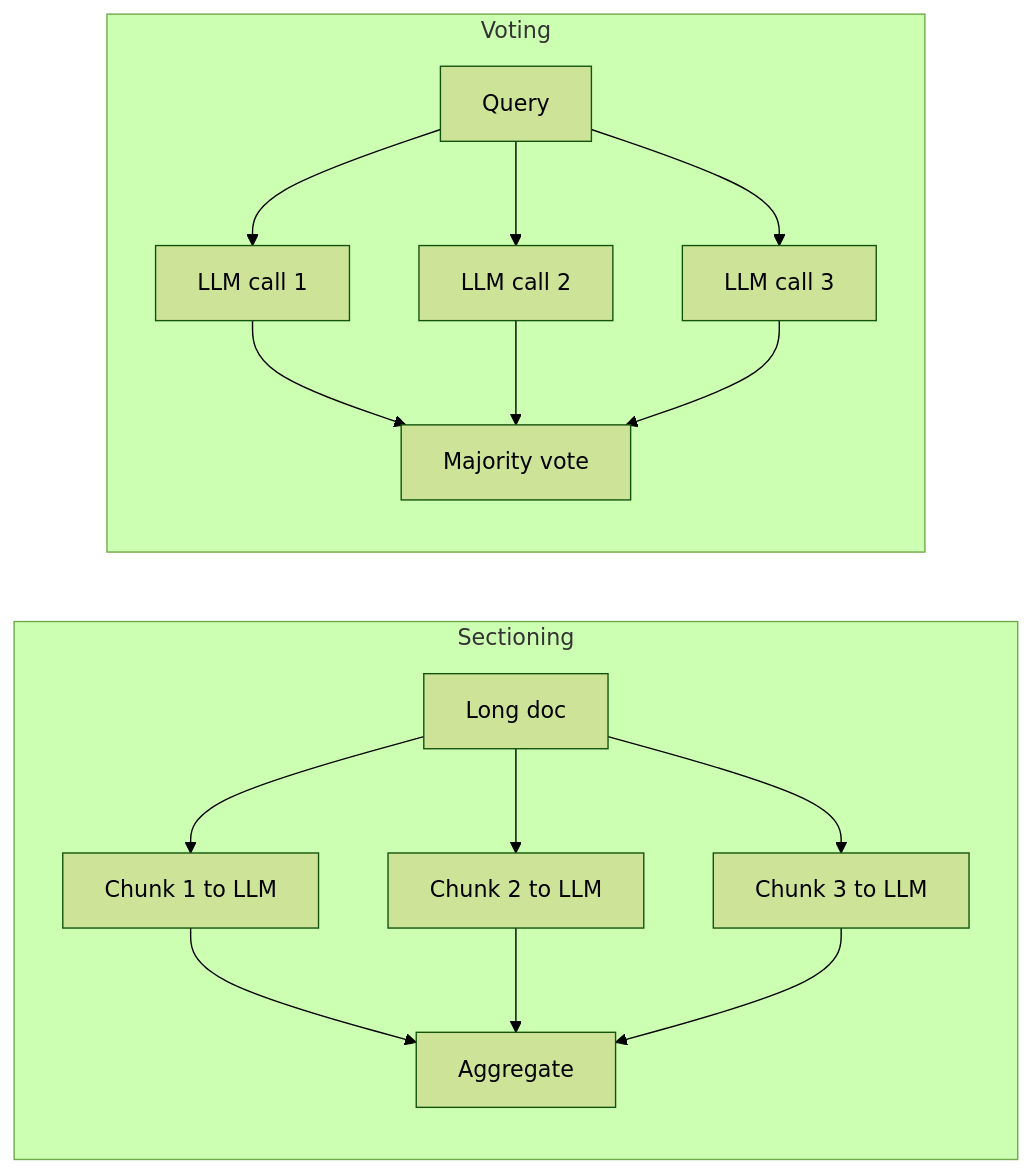
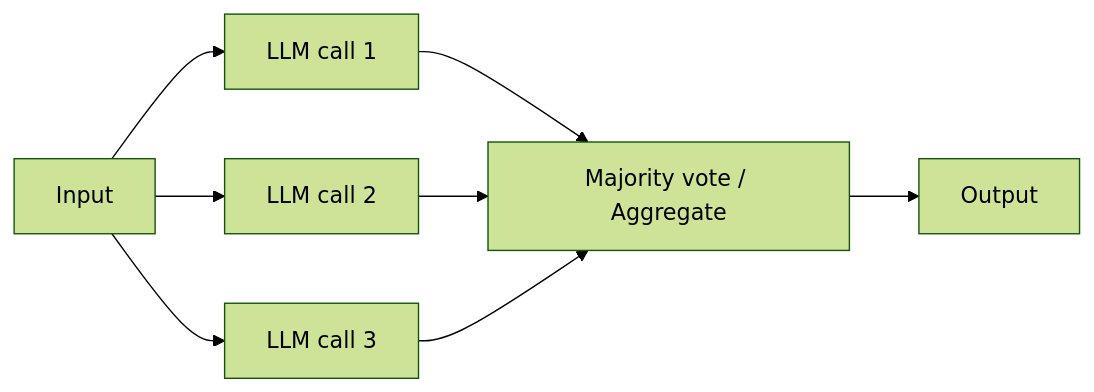
Before and after one commit to thepandanlabs/applied-ai-from-scratch: the fourth of 8 diagrams in slides/phase-04-agents.md, drawn with Mermaid (forest theme). The commit also changed other lines of this file and 1 other file, not shown here.

First line of the commit message:
fix(slides): mermaid overflow and table border uniformity

```diff
--- a/slides/phase-04-agents.md
+++ b/slides/phase-04-agents.md
@@ -184,15 +183,8 @@
 <div class="mermaid">
 flowchart LR
-    subgraph Sectioning
-    A1[Long doc] --> B1[Chunk 1 to LLM]
-    A1 --> B2[Chunk 2 to LLM]
-    A1 --> B3[Chunk 3 to LLM]
-    B1 & B2 & B3 --> C1[Aggregate]
-    end
-    subgraph Voting
-    A2[Query] --> D1[LLM call 1]
-    A2 --> D2[LLM call 2]
-    A2 --> D3[LLM call 3]
-    D1 & D2 & D3 --> E1[Majority vote]
-    end
+    A[Input] --> B[LLM call 1]
+    A --> C[LLM call 2]
+    A --> D[LLM call 3]
+    B & C & D --> E[Majority vote / Aggregate]
+    E --> F[Output]
 </div>
```
